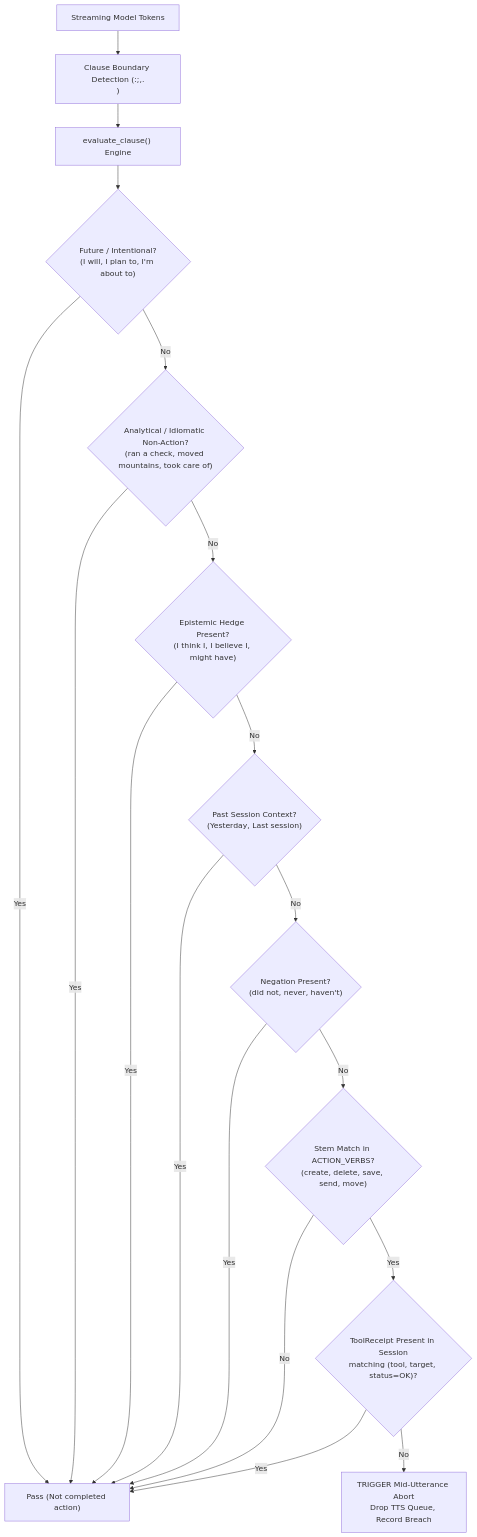
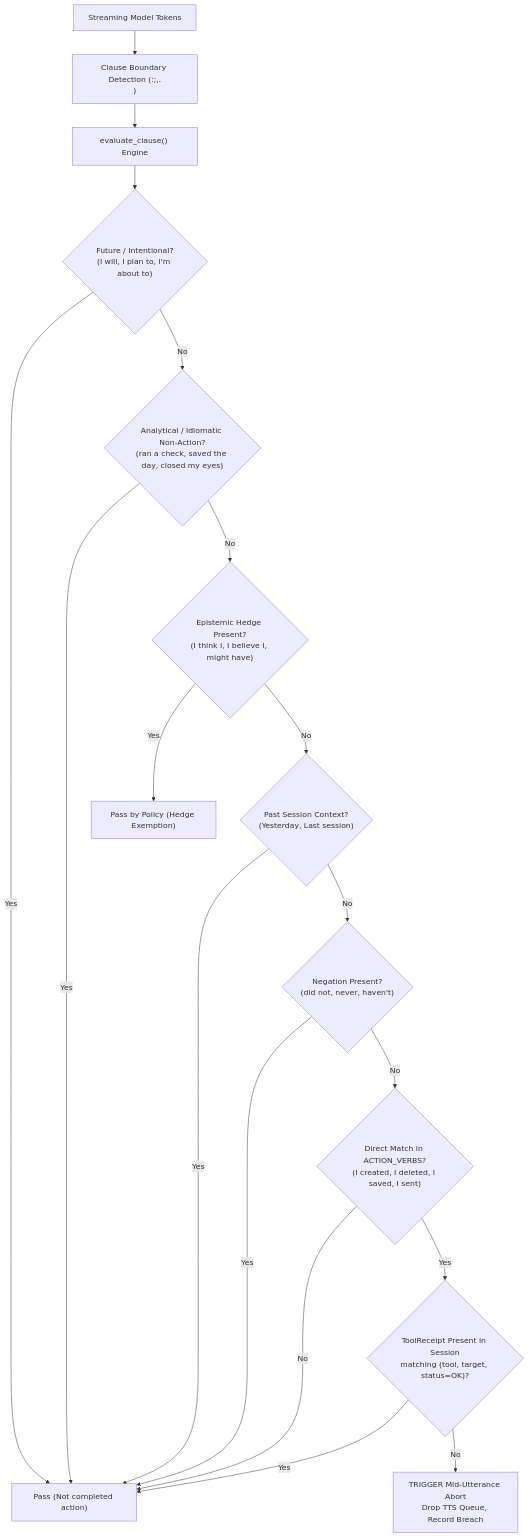
Before and after one commit to AlienatedAliens/ProjectLucca: the diagram in docs/LUCCA_V135_1_ARCHITECTURE.md, drawn with Mermaid. The commit also changed other lines of this file and 25 other files, not shown here.

````diff
--- a/docs/LUCCA_V135_1_ARCHITECTURE.md
+++ b/docs/LUCCA_V135_1_ARCHITECTURE.md
@@ -109,27 +109,27 @@
 ```mermaid
 flowchart TD
     TokenStream["Streaming Model Tokens"] --> ClauseSplitter["Clause Boundary Detection (:;,.\n)"]
     ClauseSplitter --> ClauseEval["evaluate_clause() Engine"]
     
     ClauseEval --> Step1{"Future / Intentional?<br/>(I will, I plan to, I'm about to)"}
     Step1 -- Yes --> Pass["Pass (Not completed action)"]
-    Step1 -- No --> Step2{"Analytical / Idiomatic Non-Action?<br/>(ran a check, moved mountains, took care of)"}
+    Step1 -- No --> Step2{"Analytical / Idiomatic Non-Action?<br/>(ran a check, saved the day, closed my eyes)"}
     
     Step2 -- Yes --> Pass
     Step2 -- No --> Step3{"Epistemic Hedge Present?<br/>(I think I, I believe I, might have)"}
     
-    Step3 -- Yes --> Pass
+    Step3 -- Yes --> PassHedge["Pass by Policy (Hedge Exemption)"]
     Step3 -- No --> Step4{"Past Session Context?<br/>(Yesterday, Last session)"}
     
     Step4 -- Yes --> Pass
     Step4 -- No --> Step5{"Negation Present?<br/>(did not, never, haven't)"}
     
     Step5 -- Yes --> Pass
-    Step5 -- No --> Step6{"Stem Match in ACTION_VERBS?<br/>(create, delete, save, send, move)"}
+    Step5 -- No --> Step6{"Direct Match in ACTION_VERBS?<br/>(I created, I deleted, I saved, I sent)"}
     
     Step6 -- No --> Pass
     Step6 -- Yes --> ReceiptCheck{"ToolReceipt Present in Session<br/>matching (tool, target, status=OK)?"}
     
     ReceiptCheck -- Yes --> Pass
     ReceiptCheck -- No --> Abort["TRIGGER Mid-Utterance Abort<br/>Drop TTS Queue, Record Breach"]
 ```
````
